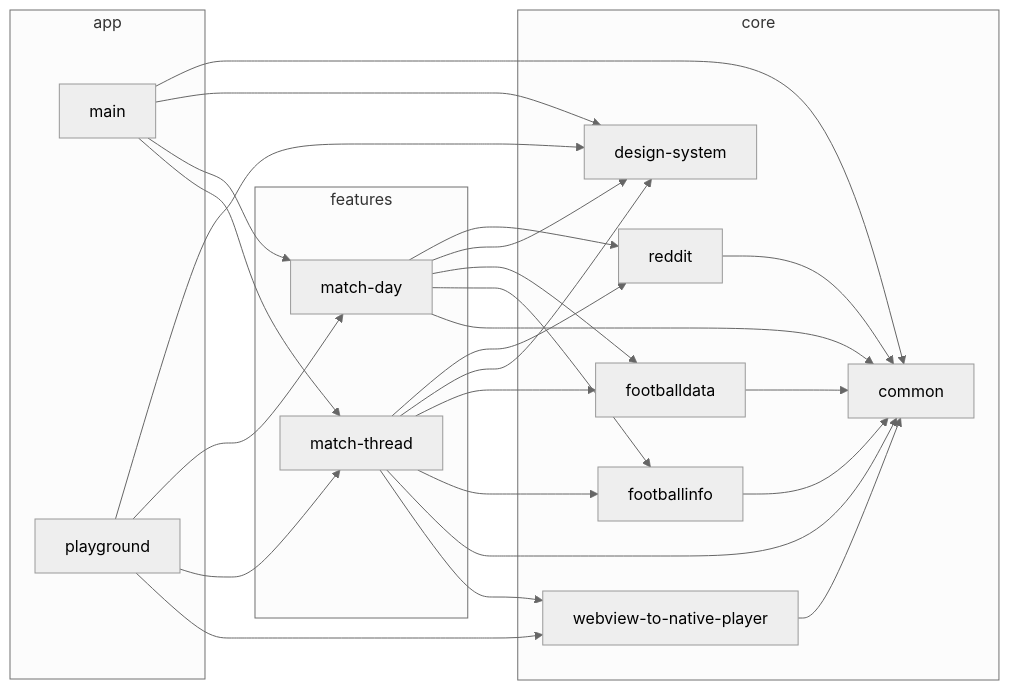
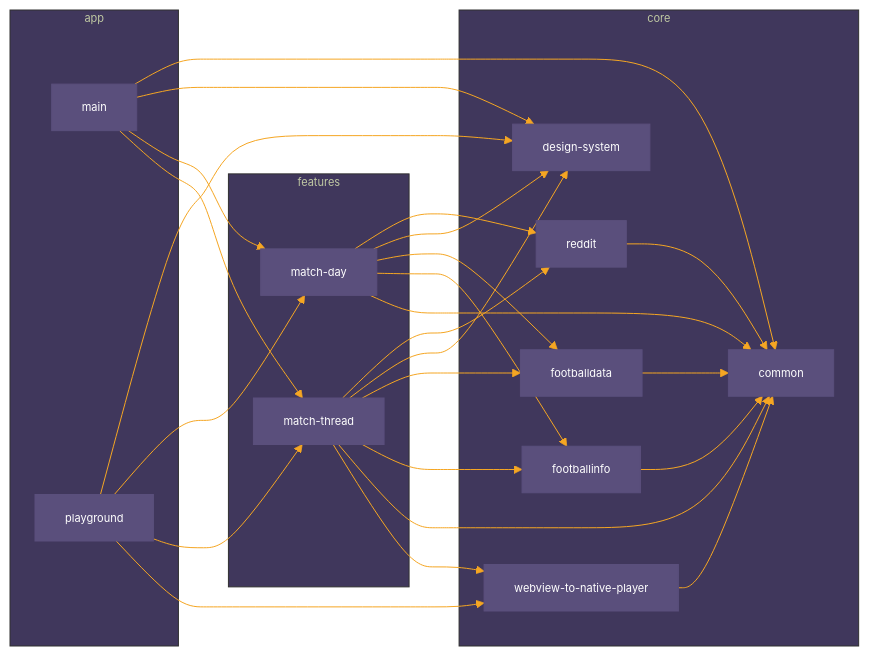
The diagram in README.md (iurysza/livematch), drawn with Mermaid before and after one commit. The commit also changed other lines of this file and 1 other file, not shown here.

Commit message:
Modify module graph colors

````diff
--- a/README.md
+++ b/README.md
@@ -88,48 +88,49 @@
 ```mermaid
 %%{
   init: {
-    'theme': 'neutral'
+    'theme': 'base',
+	'themeVariables': {"primaryTextColor":"#fff","primaryColor":"#5a4f7c","primaryBorderColor":"#5a4f7c","lineColor":"#f5a623","tertiaryColor":"#40375c","fontSize":"11px"}
   }
 }%%
 
 graph LR
   subgraph app
     main
     playground
   end
   subgraph core
     common
     design-system
     footballdata
     footballinfo
     reddit
     webview-to-native-player
   end
   subgraph features
     match-day
     match-thread
   end
   footballinfo --> common
   footballdata --> common
   match-day --> common
   match-day --> footballinfo
   match-day --> footballdata
   match-day --> design-system
   match-day --> reddit
   match-thread --> webview-to-native-player
   match-thread --> common
   match-thread --> footballinfo
   match-thread --> footballdata
   match-thread --> design-system
   match-thread --> reddit
   playground --> webview-to-native-player
   playground --> match-thread
   playground --> match-day
   playground --> design-system
   reddit --> common
   webview-to-native-player --> common
   main --> match-thread
   main --> match-day
   main --> design-system
   main --> common
 ```
````
